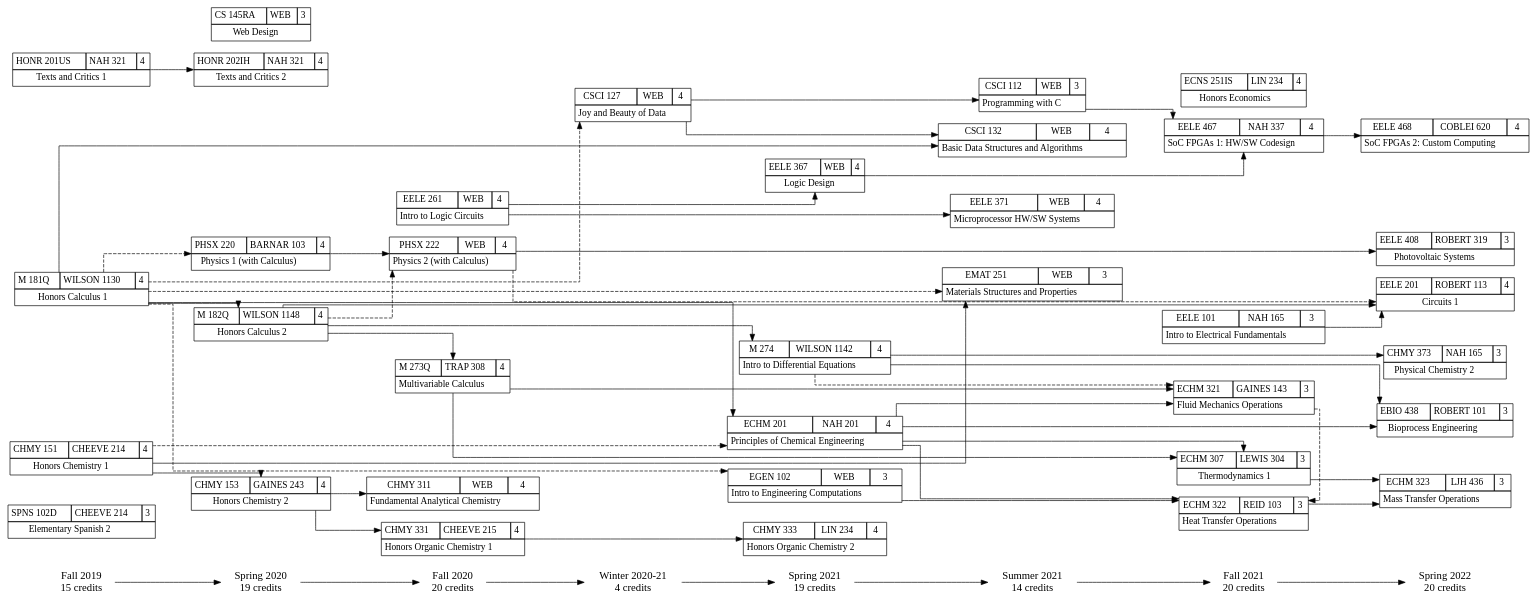
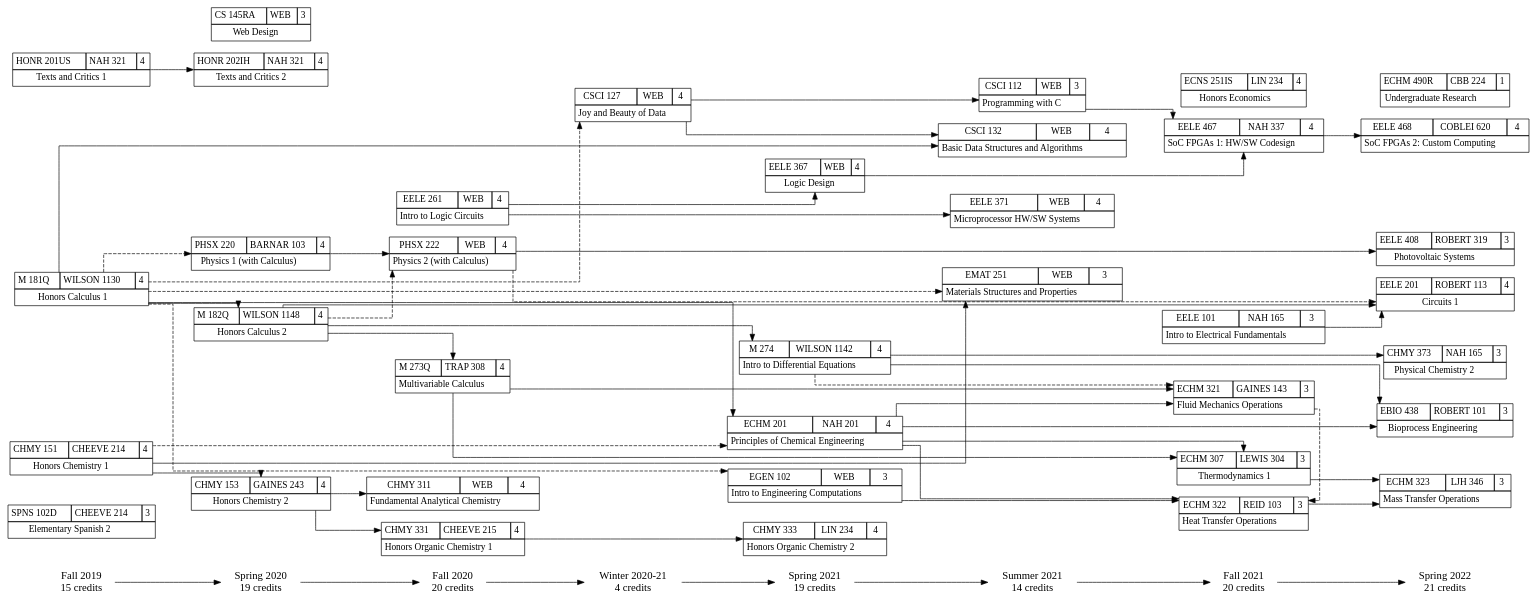
The diagram in courses_current.gv (w-culhane/courses-flowchart), drawn with Graphviz before and after one commit. The commit also changed 1 other file, not shown here.

Commit message:
Add research & relocate ECHM 323

```diff
--- a/courses_current.gv
+++ b/courses_current.gv
@@ -14,7 +14,7 @@
 "Spring 2021"    [label="\N\n19 credits"]
 "Summer 2021"    [label="\N\n14 credits"]
 "Fall 2021"      [label="\N\n20 credits"]
-"Spring 2022"    [label="\N\n20 credits"]
+"Spring 2022"    [label="\N\n21 credits"]
 
 {node [shape=none,margin=0];
 	{ rank = same; "Fall 2019"; "SPNS 102D"; "M 181Q"; "HONR 201US"; "CHMY 151"; }
@@ -24,7 +24,7 @@
 	{ rank = same; "Spring 2021"; "M 274"; "EGEN 102"; "EELE 367"; "ECHM 201"; "CHMY 333"; }
 	{ rank = same; "Summer 2021"; "EMAT 251"; "EELE 371"; "CSCI 132"; "CSCI 112"; }
 	{ rank = same; "Fall 2021"; "EELE 467"; "EELE 101"; "ECNS 251IS"; "ECHM 322"; "ECHM 321"; "ECHM 307"; }
-	{ rank = same; "Spring 2022"; "EELE 468"; "EELE 408"; "EELE 201"; "ECHM 323"; "EBIO 438"; "CHMY 373"; }
+	{ rank = same; "Spring 2022"; "EELE 468"; "EELE 408"; "EELE 201"; "ECHM 490R"; "ECHM 323"; "EBIO 438"; "CHMY 373"; }
 }
 
 // Honors classes
@@ -371,7 +371,7 @@
 <TABLE BORDER="0" CELLBORDER="1" CELLSPACING="0" CELLPADDING="4">
 <TR>
 <TD>\N</TD>
-<TD>LJH 436</TD>
+<TD>LJH 346</TD>
 <TD>3</TD>
 </TR>
 <TR><TD COLSPAN="3">Mass Transfer Operations</TD></TR>
@@ -405,6 +405,16 @@
 <TD>4</TD>
 </TR>
 <TR><TD COLSPAN="3">SoC FPGAs 2: Custom Computing</TD></TR>
+</TABLE>>];
+
+"ECHM 490R" [label=<
+<TABLE BORDER="0" CELLBORDER="1" CELLSPACING="0" CELLPADDING="4">
+<TR>
+<TD>\N</TD>
+<TD>CBB 224</TD>
+<TD>1</TD>
+</TR>
+<TR><TD COLSPAN="3">Undergraduate Research</TD></TR>
 </TABLE>>];
 
 // Course pre- & co- requisites
```
